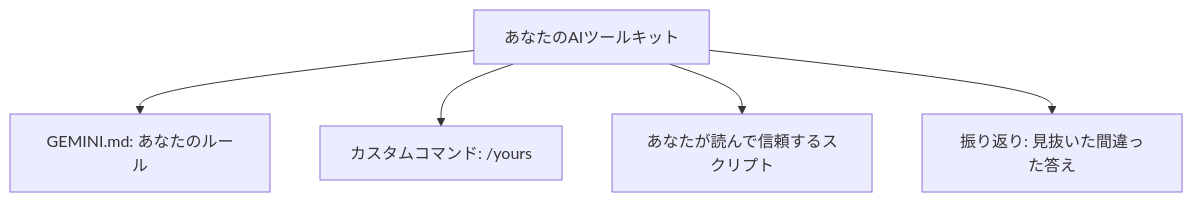
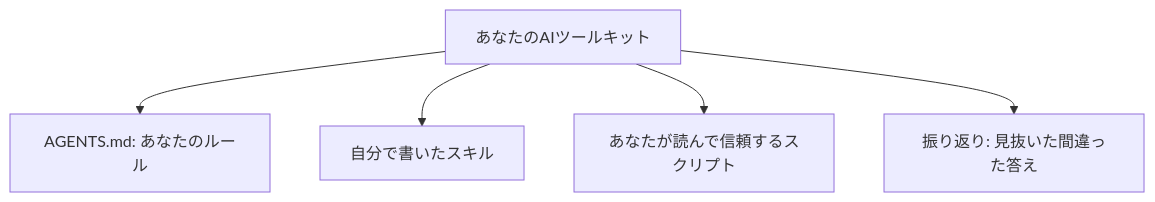
One commit to KakkoiDev/izumo-io changed the diagram in docs/ja/lessons/a08.md. Above: the diagram before and after it, drawn with Mermaid. The commit also changed other lines of this file and 39 other files, not shown here.

````diff
--- a/docs/ja/lessons/a08.md
+++ b/docs/ja/lessons/a08.md
@@ -19,7 +19,7 @@
 ```mermaid
 flowchart TD
-    T[あなたのAIツールキット] --> M[GEMINI.md: あなたのルール]
-    T --> C["カスタムコマンド: /yours"]
+    T[あなたのAIツールキット] --> M[AGENTS.md: あなたのルール]
+    T --> C[自分で書いたスキル]
     T --> S[あなたが読んで信頼するスクリプト]
     T --> R[振り返り: 見抜いた間違った答え]
 ```
````
